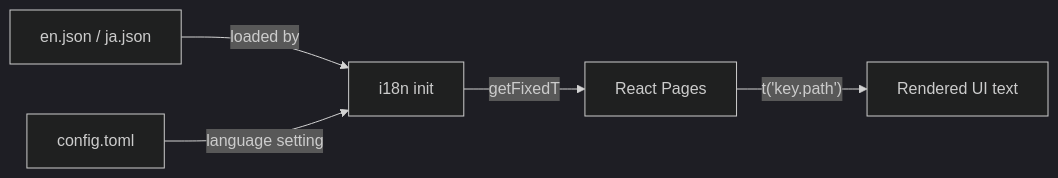
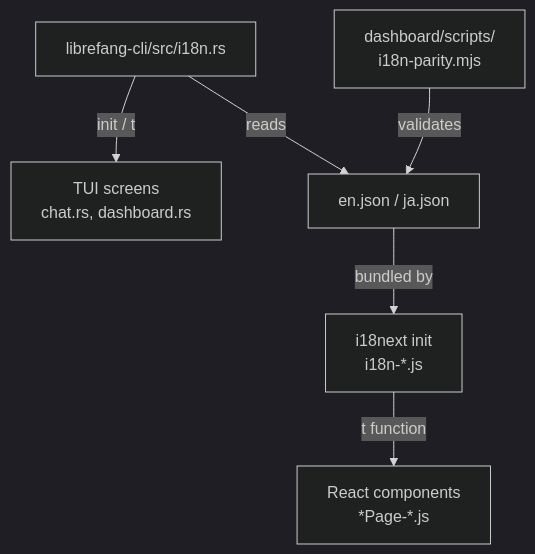
The diagram in other-librefang-api-static.md (leszek3737/librefang-WIki), drawn with Mermaid (dark theme) before and after one commit. The commit also changed other lines of this file and 119 other files, not shown here.

````diff
--- a/other-librefang-api-static.md
+++ b/other-librefang-api-static.md
@@ -20,7 +94,8 @@
 ```mermaid
-graph LR
-    A["en.json / ja.json"] -->|loaded by| B[i18n init]
-    B -->|getFixedT| C[React Pages]
-    C -->|"t('key.path')"| D[Rendered UI text]
-    E[config.toml] -->|language setting| B
+graph TD
+    A[en.json / ja.json] -->|bundled by| B[i18next init<br>i18n-*.js]
+    B -->|t function| C[React components<br>*Page-*.js]
+    D[librefang-cli/src/i18n.rs] -->|init / t| E[TUI screens<br>chat.rs, dashboard.rs]
+    D -->|reads| A
+    F[dashboard/scripts/<br>i18n-parity.mjs] -->|validates| A
 ```
````
